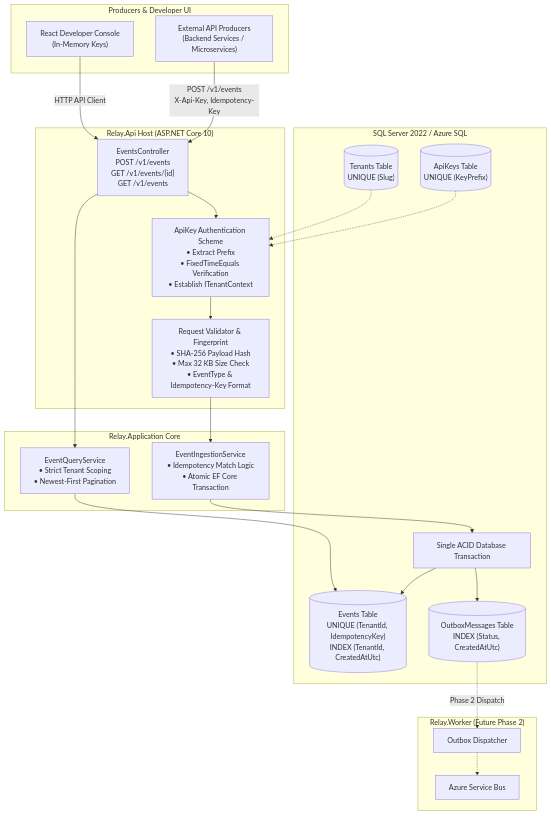
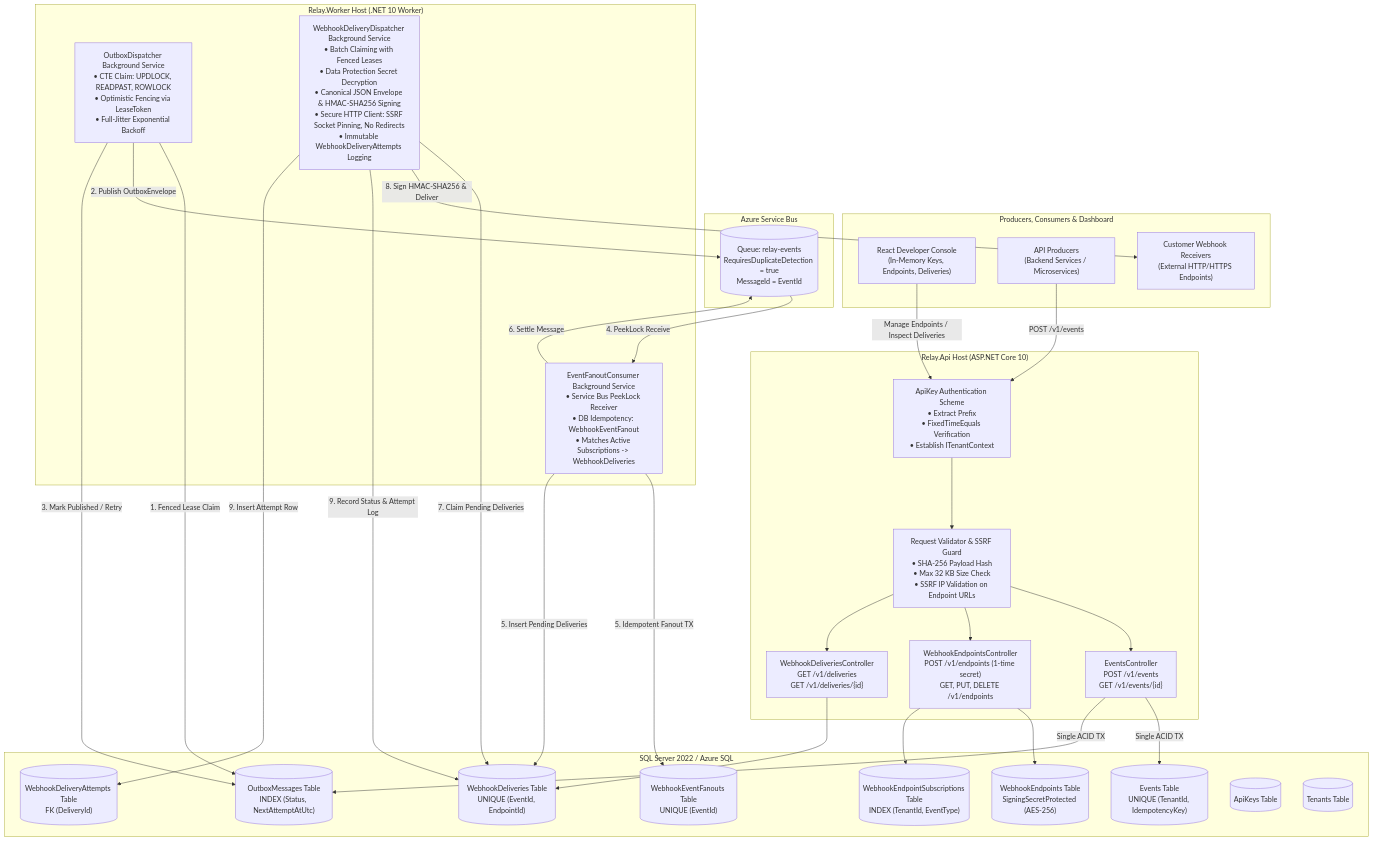
Before and after one commit to shouryasarkar713/relay-webhook-platform: the first of 3 diagrams in README.md, drawn with Mermaid. The commit also changed other lines of this file and 171 other files, not shown here.

Commit message:
feat: complete Relay webhook delivery platform with Azure cloud readiness

````diff
--- a/README.md
+++ b/README.md
@@ -76,47 +76,65 @@
 ```mermaid
 flowchart TD
-    subgraph Clients ["Producers & Developer UI"]
-        UI["React Developer Console\n(In-Memory Keys)"]
-        PROD["External API Producers\n(Backend Services / Microservices)"]
+    subgraph Clients ["Producers, Consumers & Dashboard"]
+        UI["React Developer Console\n(In-Memory Keys, Endpoints, Deliveries)"]
+        PROD["API Producers\n(Backend Services / Microservices)"]
+        DEST["Customer Webhook Receivers\n(External HTTP/HTTPS Endpoints)"]
     end
 
     subgraph API ["Relay.Api Host (ASP.NET Core 10)"]
         AUTH["ApiKey Authentication Scheme\n• Extract Prefix\n• FixedTimeEquals Verification\n• Establish ITenantContext"]
-        VAL["Request Validator & Fingerprint\n• SHA-256 Payload Hash\n• Max 32 KB Size Check\n• EventType & Idempotency-Key Format"]
-        CTRL["EventsController\nPOST /v1/events\nGET /v1/events/{id}\nGET /v1/events"]
+        VAL["Request Validator & SSRF Guard\n• SHA-256 Payload Hash\n• Max 32 KB Size Check\n• SSRF IP Validation on Endpoint URLs"]
+        E_CTRL["EventsController\nPOST /v1/events\nGET /v1/events/{id}"]
+        EP_CTRL["WebhookEndpointsController\nPOST /v1/endpoints (1-time secret)\nGET, PUT, DELETE /v1/endpoints"]
+        DELIV_CTRL["WebhookDeliveriesController\nGET /v1/deliveries\nGET /v1/deliveries/{id}"]
     end
 
-    subgraph AppCore ["Relay.Application Core"]
-        INGEST["EventIngestionService\n• Idempotency Match Logic\n• Atomic EF Core Transaction"]
-        QUERY["EventQueryService\n• Strict Tenant Scoping\n• Newest-First Pagination"]
+    subgraph Broker ["Azure Service Bus"]
+        ASB[("Queue: relay-events\nRequiresDuplicateDetection = true\nMessageId = EventId")]
+    end
+
+    subgraph WorkerHost ["Relay.Worker Host (.NET 10 Worker)"]
+        OUT_DISP["OutboxDispatcher Background Service\n• CTE Claim: UPDLOCK, READPAST, ROWLOCK\n• Optimistic Fencing via LeaseToken\n• Full-Jitter Exponential Backoff"]
+        FANOUT_CONS["EventFanoutConsumer Background Service\n• Service Bus PeekLock Receiver\n• DB Idempotency: WebhookEventFanout\n• Matches Active Subscriptions -> WebhookDeliveries"]
+        DELIV_DISP["WebhookDeliveryDispatcher Background Service\n• Batch Claiming with Fenced Leases\n• Data Protection Secret Decryption\n• Canonical JSON Envelope & HMAC-SHA256 Signing\n• Secure HTTP Client: SSRF Socket Pinning, No Redirects\n• Immutable WebhookDeliveryAttempts Logging"]
     end
 
     subgraph Storage ["SQL Server 2022 / Azure SQL"]
-        TX["Single ACID Database Transaction"]
-        T_EVT[("Events Table\nUNIQUE (TenantId, IdempotencyKey)\nINDEX (TenantId, CreatedAtUtc)")]
-        T_OUT[("OutboxMessages Table\nINDEX (Status, CreatedAtUtc)")]
-        T_KEY[("ApiKeys Table\nUNIQUE (KeyPrefix)")]
-        T_TEN[("Tenants Table\nUNIQUE (Slug)")]
+        T_EVT[("Events Table\nUNIQUE (TenantId, IdempotencyKey)")]
+        T_OUT[("OutboxMessages Table\nINDEX (Status, NextAttemptAtUtc)")]
+        T_EP[("WebhookEndpoints Table\nSigningSecretProtected (AES-256)")]
+        T_SUB[("WebhookEndpointSubscriptions Table\nINDEX (TenantId, EventType)")]
+        T_FAN[("WebhookEventFanouts Table\nUNIQUE (EventId)")]
+        T_DEL[("WebhookDeliveries Table\nUNIQUE (EventId, EndpointId)")]
+        T_ATT[("WebhookDeliveryAttempts Table\nFK (DeliveryId)")]
+        T_KEY[("ApiKeys Table")]
+        T_TEN[("Tenants Table")]
     end
 
-    subgraph Worker ["Relay.Worker (Future Phase 2)"]
-        DISP["Outbox Dispatcher"]
-        SB["Azure Service Bus"]
-    end
+    PROD -->|POST /v1/events| AUTH
+    UI -->|Manage Endpoints / Inspect Deliveries| AUTH
+    AUTH --> VAL
+    VAL --> E_CTRL
+    VAL --> EP_CTRL
+    VAL --> DELIV_CTRL
 
-    PROD -->|"POST /v1/events\nX-Api-Key, Idempotency-Key"| CTRL
-    UI -->|"HTTP API Client"| CTRL
-    CTRL --> AUTH
-    AUTH --> VAL
-    VAL --> INGEST
-    INGEST --> TX
-    TX --> T_EVT
-    TX --> T_OUT
-    T_KEY -.-> AUTH
-    T_TEN -.-> AUTH
-    CTRL --> QUERY
-    QUERY --> T_EVT
+    E_CTRL -->|Single ACID TX| T_EVT
+    E_CTRL -->|Single ACID TX| T_OUT
+    EP_CTRL --> T_EP
+    EP_CTRL --> T_SUB
+    DELIV_CTRL --> T_DEL
 
-    T_OUT -.->|"Phase 2 Dispatch"| DISP
-    DISP -.-> SB
+    OUT_DISP -->|1. Fenced Lease Claim| T_OUT
+    OUT_DISP -->|2. Publish OutboxEnvelope| ASB
+    OUT_DISP -->|3. Mark Published / Retry| T_OUT
+
+    ASB -->|4. PeekLock Receive| FANOUT_CONS
+    FANOUT_CONS -->|5. Idempotent Fanout TX| T_FAN
+    FANOUT_CONS -->|5. Insert Pending Deliveries| T_DEL
+    FANOUT_CONS -->|6. Settle Message| ASB
+
+    DELIV_DISP -->|7. Claim Pending Deliveries| T_DEL
+    DELIV_DISP -->|8. Sign HMAC-SHA256 & Deliver| DEST
+    DELIV_DISP -->|9. Record Status & Attempt Log| T_DEL
+    DELIV_DISP -->|9. Insert Attempt Row| T_ATT
 ```
````
